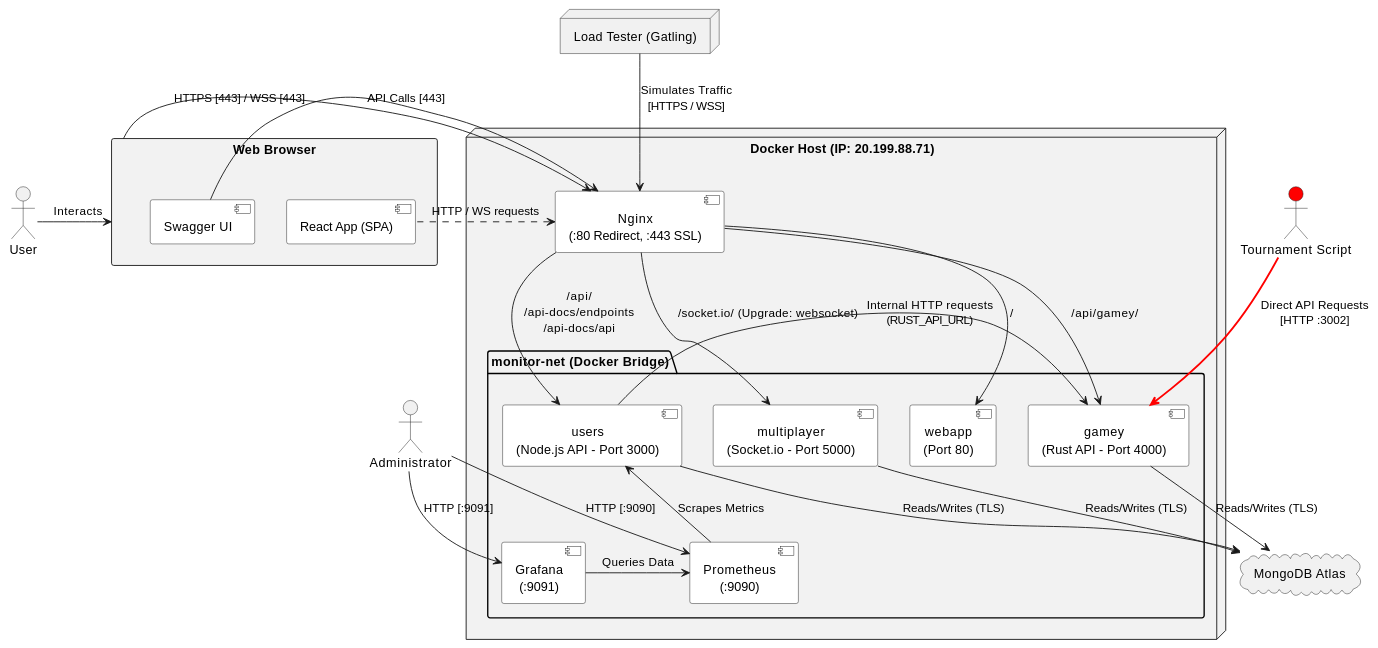
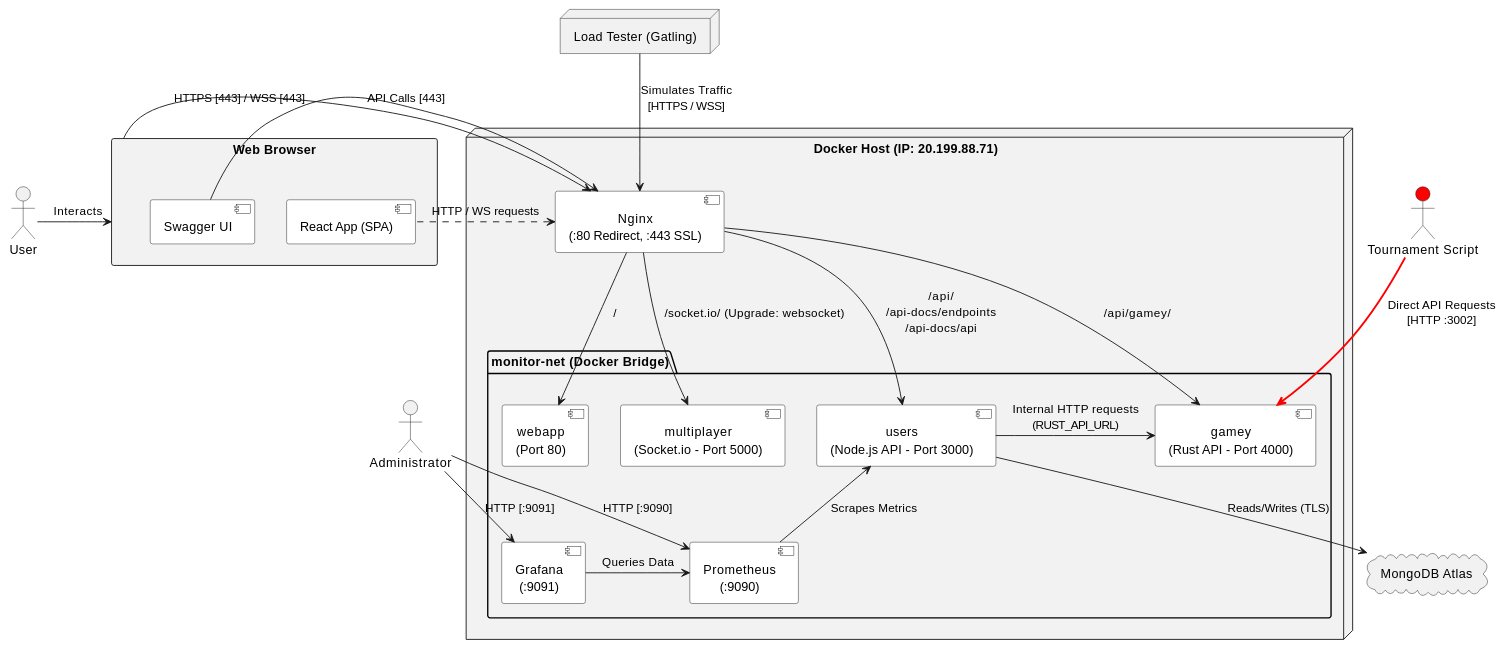
One commit to Arquisoft/yovi_es1a changed the second of 2 diagrams in docs/src/03_context_and_scope.adoc. Above: the diagram before and after it, drawn with PlantUML. The commit also changed other lines of this file and 2 other files, not shown here.

Commit message:
fixed point 3,5,6 of documentation

```diff
--- a/docs/src/03_context_and_scope.adoc
+++ b/docs/src/03_context_and_scope.adoc
@@ -39,60 +39,58 @@
 [plantuml]
 ----
 @startuml
 skinparam componentStyle uml2
 skinparam componentBackgroundColor white
 skinparam packageBackgroundColor #F2F2F2
 skinparam defaultTextAlignment center
 
 actor "User" as user
 actor "Administrator" as admin
 actor "Tournament Script" as tourney #Red
 node "Load Tester (Gatling)" as gatling
 
 rectangle "Web Browser" as browser {
     component "React App (SPA)" as spa
     component "Swagger UI" as swagger
 }
 
 cloud "MongoDB Atlas" as mongo
 
 node "Docker Host (IP: 20.199.88.71)" {
     component "Nginx\n(:80 Redirect, :443 SSL)" as nginx
     
     package "monitor-net (Docker Bridge)" {
         component "webapp\n(Port 80)" as webapp
         component "users\n(Node.js API - Port 3000)" as users
         component "gamey\n(Rust API - Port 4000)" as gamey
         component "multiplayer\n(Socket.io - Port 5000)" as multi
 
         component "Grafana\n(:9091)" as graf
         component "Prometheus\n(:9090)" as prom
     }
 }
 
 
 user -> browser : Interacts
 browser -right-> nginx : HTTPS [443] / WSS [443]
 swagger -right-> nginx : API Calls [443]
 gatling -down-> nginx : Simulates Traffic\n[HTTPS / WSS]
 tourney -[#red,bold]down-> gamey : Direct API Requests\n[HTTP :3002]
 
 nginx --> webapp : " / "
 nginx --> users : " /api/ \n /api-docs/endpoints \n /api-docs/api "
 nginx --> gamey : " /api/gamey/ "
 nginx --> multi : " /socket.io/ (Upgrade: websocket)"
 
 spa .up.> nginx : HTTP / WS requests
 users -right-> gamey : Internal HTTP requests\n(RUST_API_URL)
 
 users --> mongo : Reads/Writes (TLS)
-gamey --> mongo : Reads/Writes (TLS)
-multi --> mongo : Reads/Writes (TLS)
 
 admin --> graf : HTTP [:9091]
 admin --> prom : HTTP [:9090]
 graf -> prom : Queries Data
 prom -up-> users : Scrapes Metrics
 
 @enduml
 ----
```
